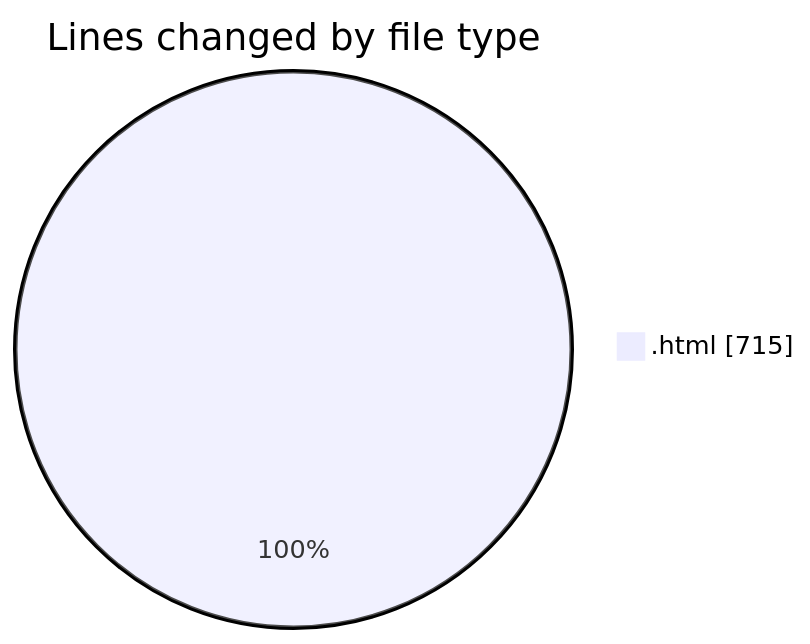
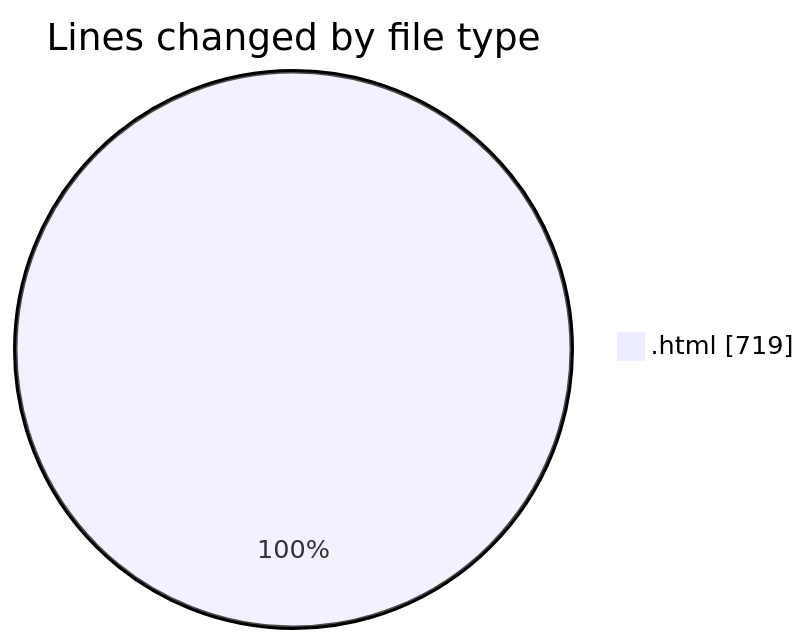
The first of 2 diagrams in 2025-08-09/nxtqube_webapp/README.md (nxtqubesakshisongat/code-tracking), drawn with Mermaid before and after one commit. The commit also changed other lines of this file and 1 other file, not shown here.

````diff
--- a/2025-08-09/nxtqube_webapp/README.md
+++ b/2025-08-09/nxtqube_webapp/README.md
@@ -20,5 +20,5 @@
 ```mermaid
 pie showData
 title Lines changed by file type
-".html" : 715
+".html" : 719
 ```
````
